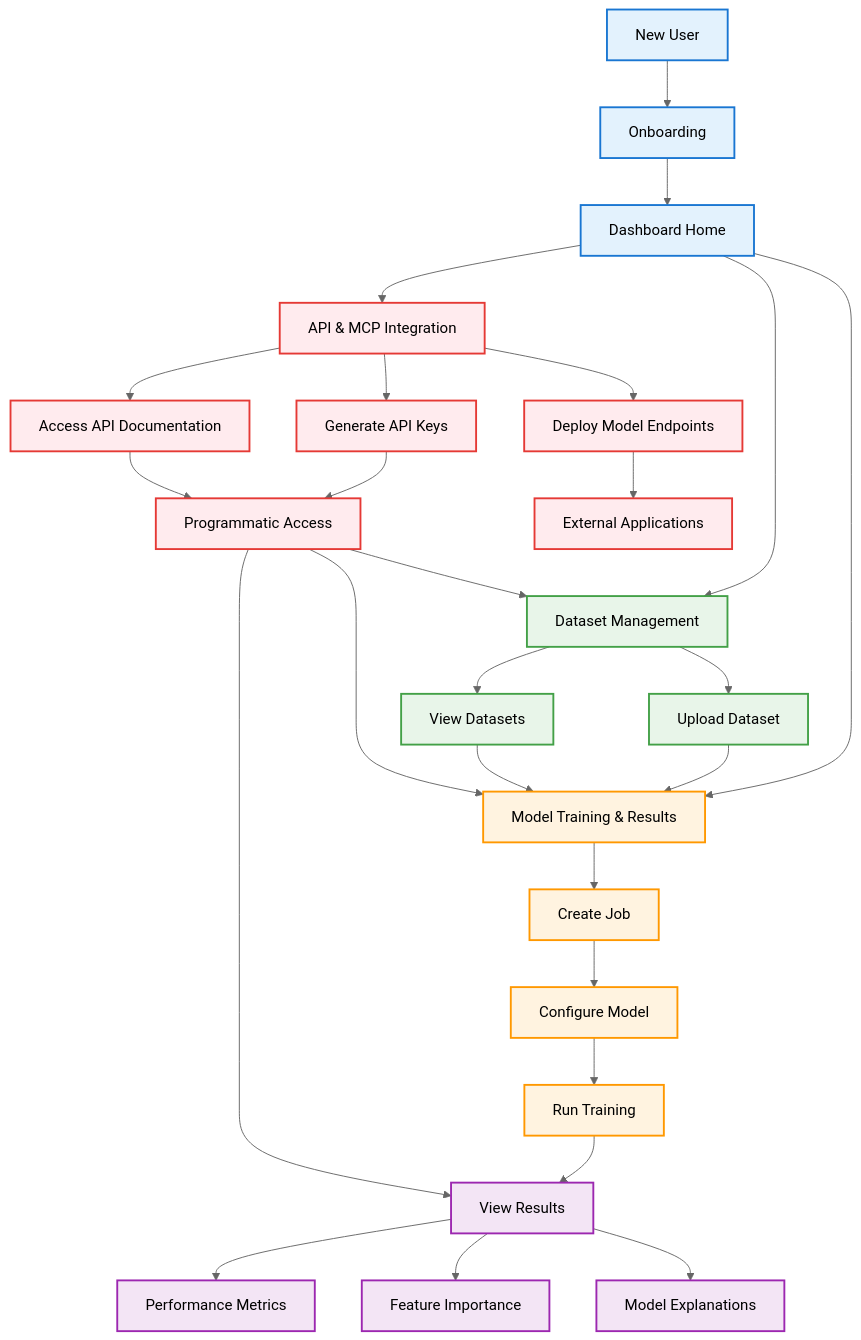
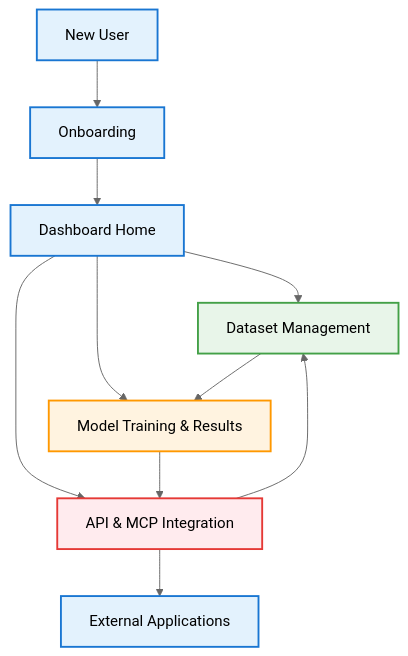
One commit to htnminh/packageml changed the diagram in docs/user_flow_designs/1_complete-user-journey.md. Above: the diagram before and after it, drawn with Mermaid (neutral theme). The commit also changed other lines of this file and 2 other files, not shown here.

Commit message:
edit flows

````diff
--- a/docs/user_flow_designs/1_complete-user-journey.md
+++ b/docs/user_flow_designs/1_complete-user-journey.md
@@ -1,53 +1,30 @@
 ```mermaid
 graph TD
     %% Main user journey flow
     A[New User] --> B[Onboarding]
     B --> C[Dashboard Home]
     
     C --> D[Dataset Management]
     C --> E[Model Training & Results]
     C --> F[API & MCP Integration]
     
-    %% Dataset flow connections
-    D --> D1[Upload Dataset]
-    D --> D2[View Datasets]
-    D1 --> E
-    D2 --> E
+    %% High-level flow connections
+    D --> E
+    E --> F
+    F --> D
     
-    %% Training flow connections
-    E --> E1[Create Job]
-    E1 --> E2[Configure Model]
-    E2 --> E3[Run Training]
-    E3 --> E4[View Results]
-    
-    %% Results connections
-    E4 --> E5[Performance Metrics]
-    E4 --> E6[Feature Importance]
-    E4 --> E7[Model Explanations]
-    
-    %% API integration connections
-    F --> F1[Generate API Keys]
-    F --> F2[Access API Documentation]
-    F --> F3[Deploy Model Endpoints]
-    
-    %% API Usage paths
-    F1 --> F4[Programmatic Access]
-    F2 --> F4
-    F4 --> D
-    F4 --> E
-    F4 --> E4
-    F3 --> F5[External Applications]
+    %% External connections
+    F --> G[External Applications]
     
     %% Styling
     classDef primary fill:#e3f2fd,stroke:#1976d2,stroke-width:2px
     classDef dataset fill:#e8f5e9,stroke:#43a047,stroke-width:2px
     classDef training fill:#fff3e0,stroke:#ff9800,stroke-width:2px
     classDef api fill:#ffebee,stroke:#e53935,stroke-width:2px
-    classDef results fill:#f3e5f5,stroke:#9c27b0,stroke-width:2px
     
     class A,B,C primary
-    class D,D1,D2 dataset
-    class E,E1,E2,E3 training
-    class E4,E5,E6,E7 results
-    class F,F1,F2,F3,F4,F5 api
+    class D dataset
+    class E training
+    class F api
+    class G primary
 ```
````
